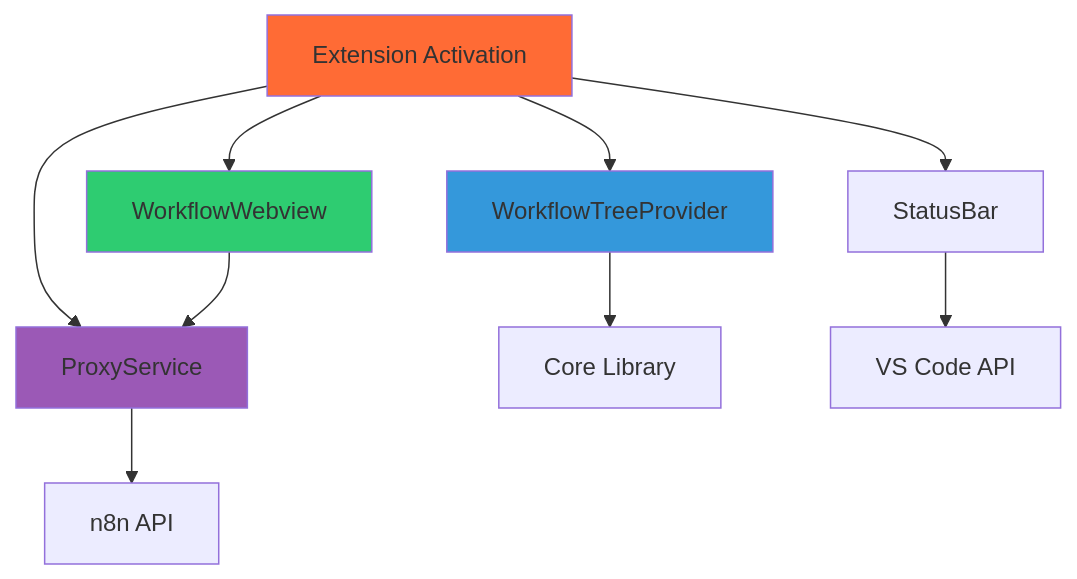
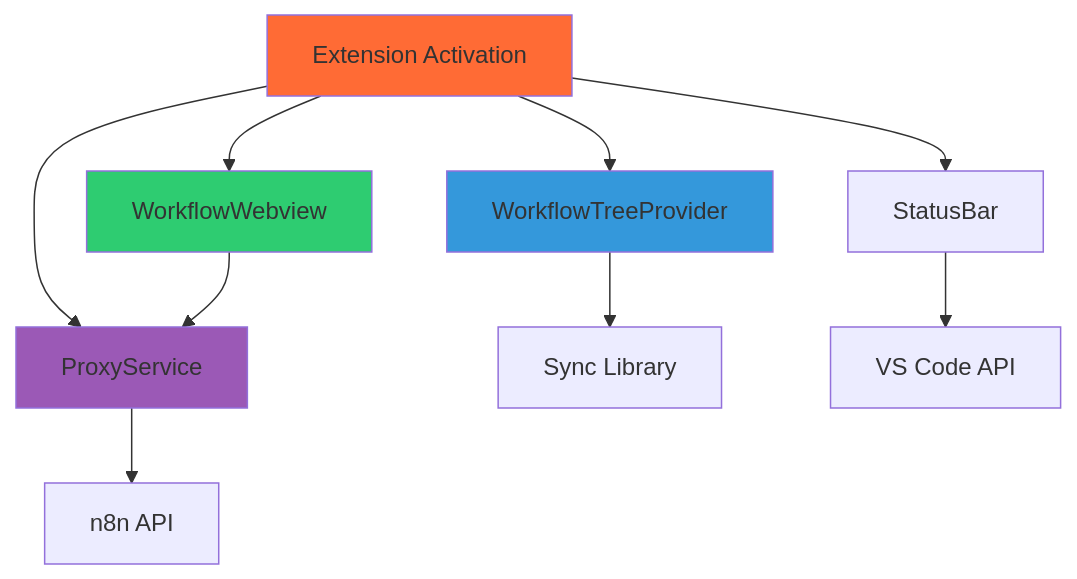
The diagram in docs/docs/contribution/vscode-extension.md (EtienneLescot/n8n-as-code), drawn with Mermaid before and after one commit. The commit also changed other lines of this file and 70 other files, not shown here.

First line of the commit message:
Refactor package names from core to sync and agent-cli to skills

````diff
--- a/docs/docs/contribution/vscode-extension.md
+++ b/docs/docs/contribution/vscode-extension.md
@@ -38,17 +38,17 @@
 ```mermaid
 graph TD
     A[Extension Activation] --> B[WorkflowTreeProvider]
     A --> C[WorkflowWebview]
     A --> D[ProxyService]
     A --> E[StatusBar]
     
-    B --> F[Core Library]
+    B --> F[Sync Library]
     C --> D
     D --> G[n8n API]
     E --> H[VS Code API]
     
     style A fill:#ff6b35
     style B fill:#3498db
     style C fill:#2ecc71
     style D fill:#9b59b6
 ```
````
